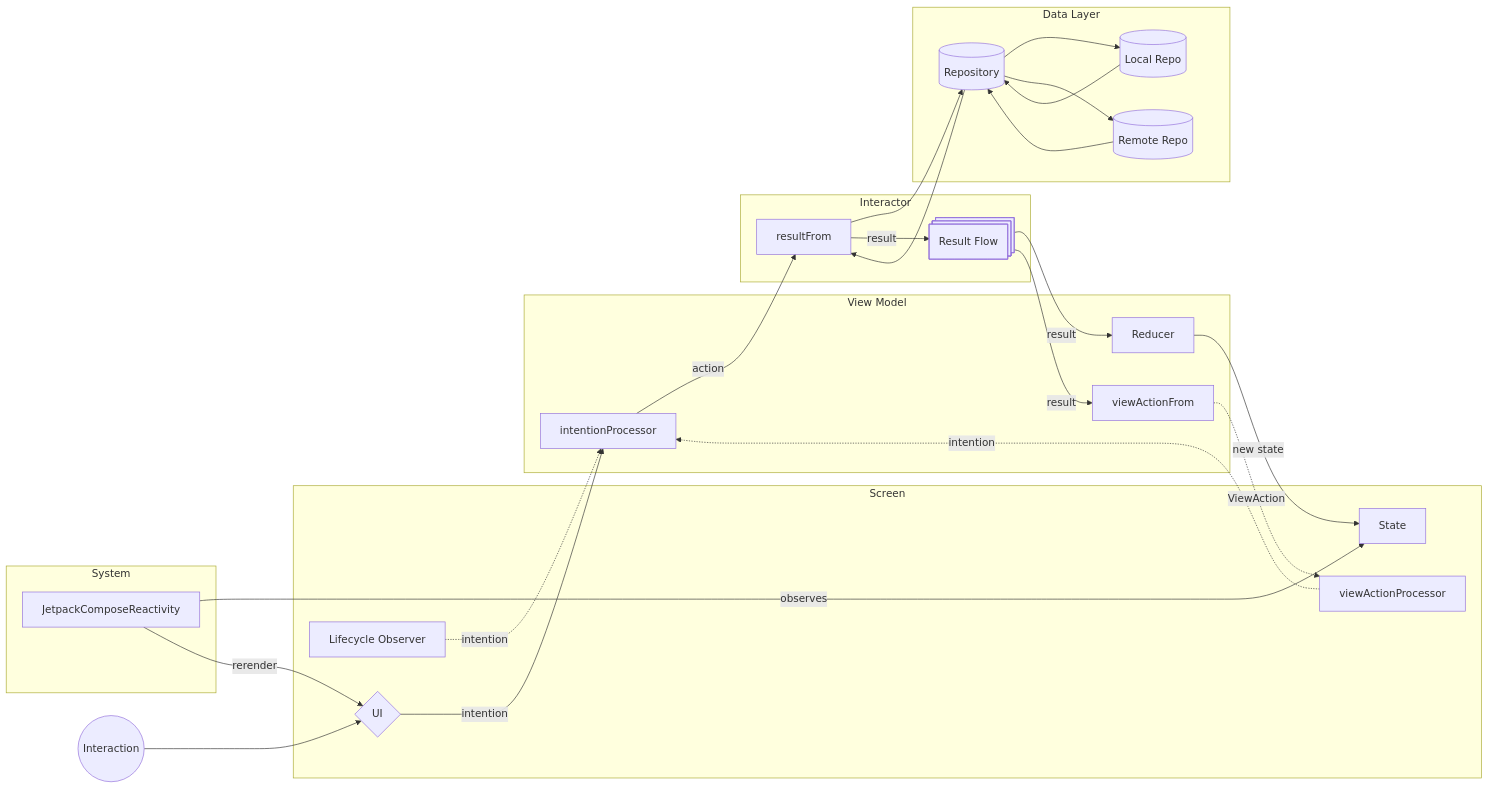
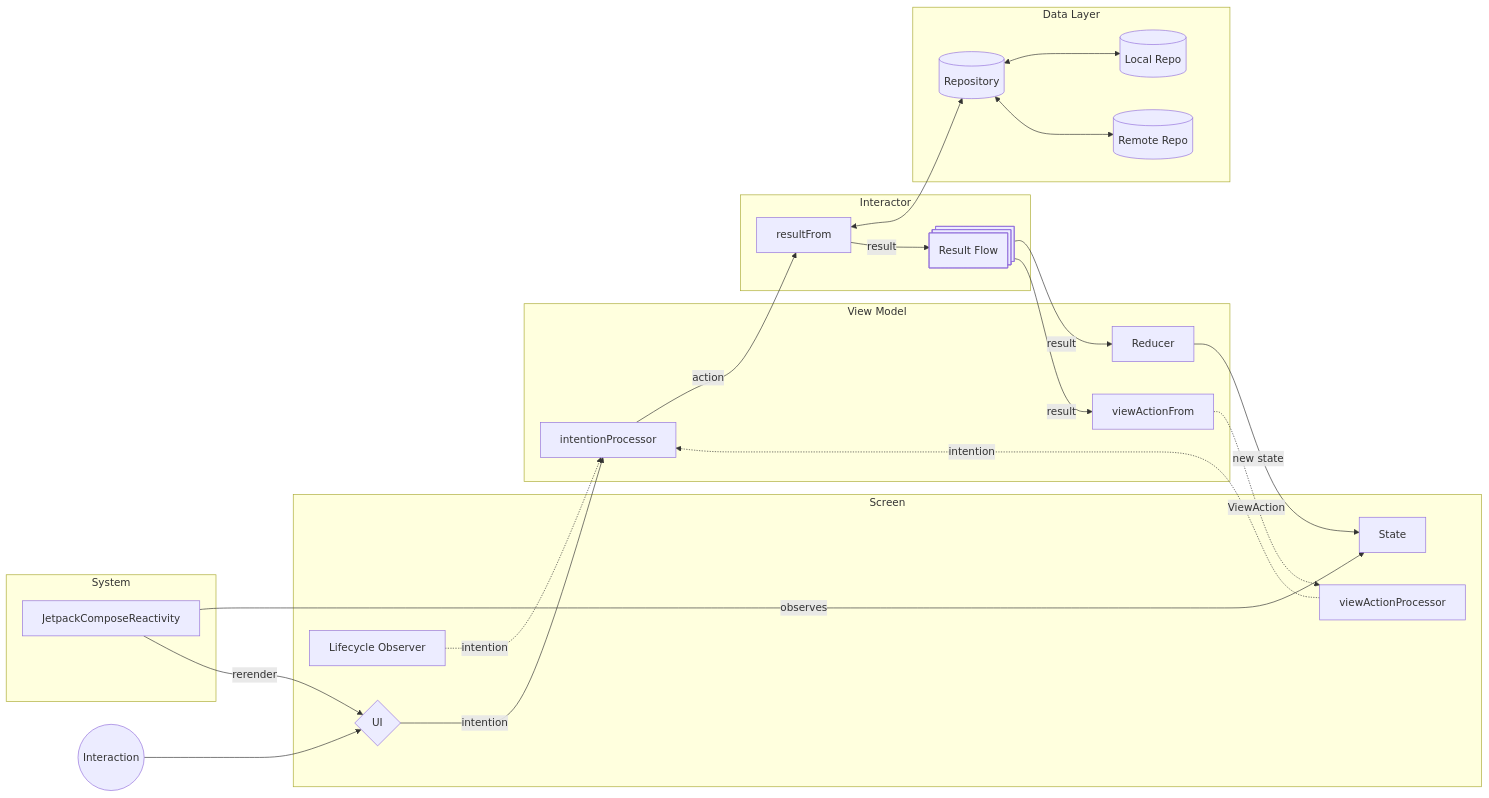
The diagram in ARCHITECTURE.md (ibad-al-rahman/android-public), drawn with Mermaid before and after one commit.

Commit message:
docs: use bidi arrow

````diff
--- a/ARCHITECTURE.md
+++ b/ARCHITECTURE.md
@@ -7,49 +7,46 @@
 ```mermaid
 graph LR
     INT((Interaction)) --> UI{UI}
     UI -->|intention| IP[intentionProcessor]
     IP -->|action| RF[resultFrom]
-    RF --> REPO[(Repository)]
-    REPO --> RF
+    RF <--> REPO[(Repository)]
     RF -->|result| RFL@{ shape: processes, label: "Result Flow" }
     RFL -->|result| RED[Reducer]
     RFL -->|result| VAF[viewActionFrom]
     RED -->|new state| ST[State]
     VAF -.->|ViewAction| VAP[viewActionProcessor]
     VAP -.->|intention| IP
 
     LO[Lifecycle Observer]
     LO -.->|intention| IP
 
     subgraph "Screen"
         ST
         UI
         VAP
         LO
     end
 
     subgraph "View Model"
         IP
         RED
         VAF
     end
 
     subgraph "Interactor"
         RFL@{ shape: processes, label: "Result Flow" }
         RF
     end
 
     subgraph "System"
         JCR[JetpackComposeReactivity]
     end
 
     JCR -->|observes| ST
     JCR -->|rerender| UI
 
     subgraph "Data Layer"
-        REPO --> LR[(Local Repo)]
-        REPO --> RR[(Remote Repo)]
-        LR --> REPO
-        RR --> REPO
+        REPO <--> LR[(Local Repo)]
+        REPO <--> RR[(Remote Repo)]
     end
 ```
````
